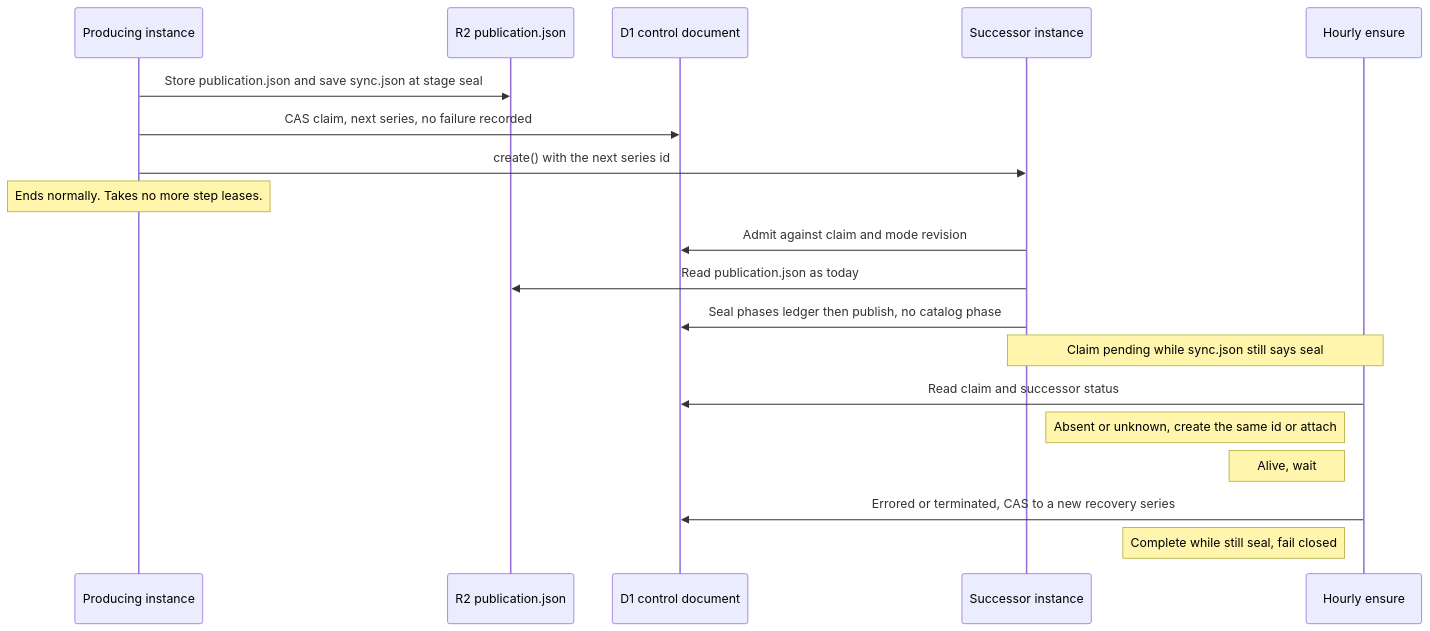
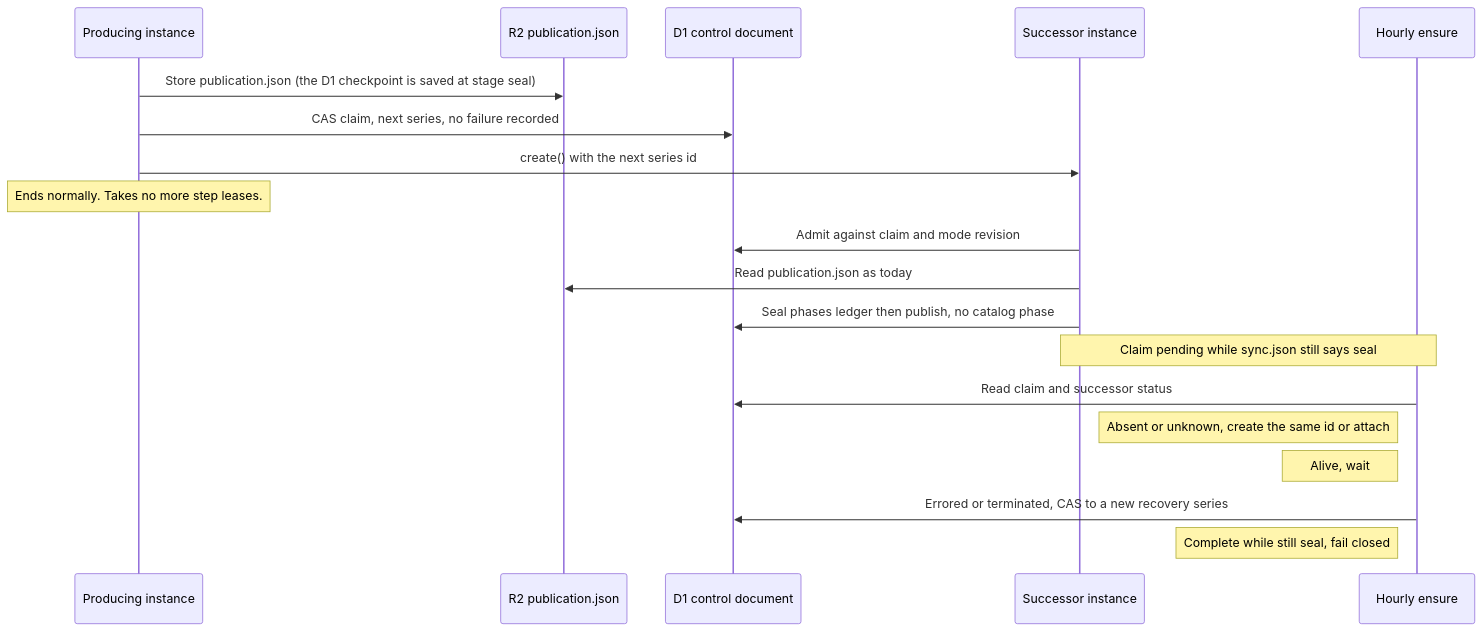
One commit to vladimino/iptv-watchlist changed the seventh of 15 diagrams in docs/architecture/scheduling-and-orchestration.md. Above: the diagram before and after it, drawn with Mermaid. The commit also changed other lines of this file and 23 other files, not shown here.

````diff
--- a/docs/architecture/scheduling-and-orchestration.md
+++ b/docs/architecture/scheduling-and-orchestration.md
@@ -238,21 +239,21 @@
 ```mermaid
 sequenceDiagram
     participant P as Producing instance
     participant R2 as R2 publication.json
     participant C as D1 control document
     participant S as Successor instance
     participant H as Hourly ensure
-    P->>R2: Store publication.json and save sync.json at stage seal
+    P->>R2: Store publication.json (the D1 checkpoint is saved at stage seal)
     P->>C: CAS claim, next series, no failure recorded
     P->>S: create() with the next series id
     Note over P: Ends normally. Takes no more step leases.
     S->>C: Admit against claim and mode revision
     S->>R2: Read publication.json as today
     S->>C: Seal phases ledger then publish, no catalog phase
     Note over H,S: Claim pending while sync.json still says seal
     H->>C: Read claim and successor status
     Note left of H: Absent or unknown, create the same id or attach
     Note left of H: Alive, wait
     H->>C: Errored or terminated, CAS to a new recovery series
     Note left of H: Complete while still seal, fail closed
 ```
````
